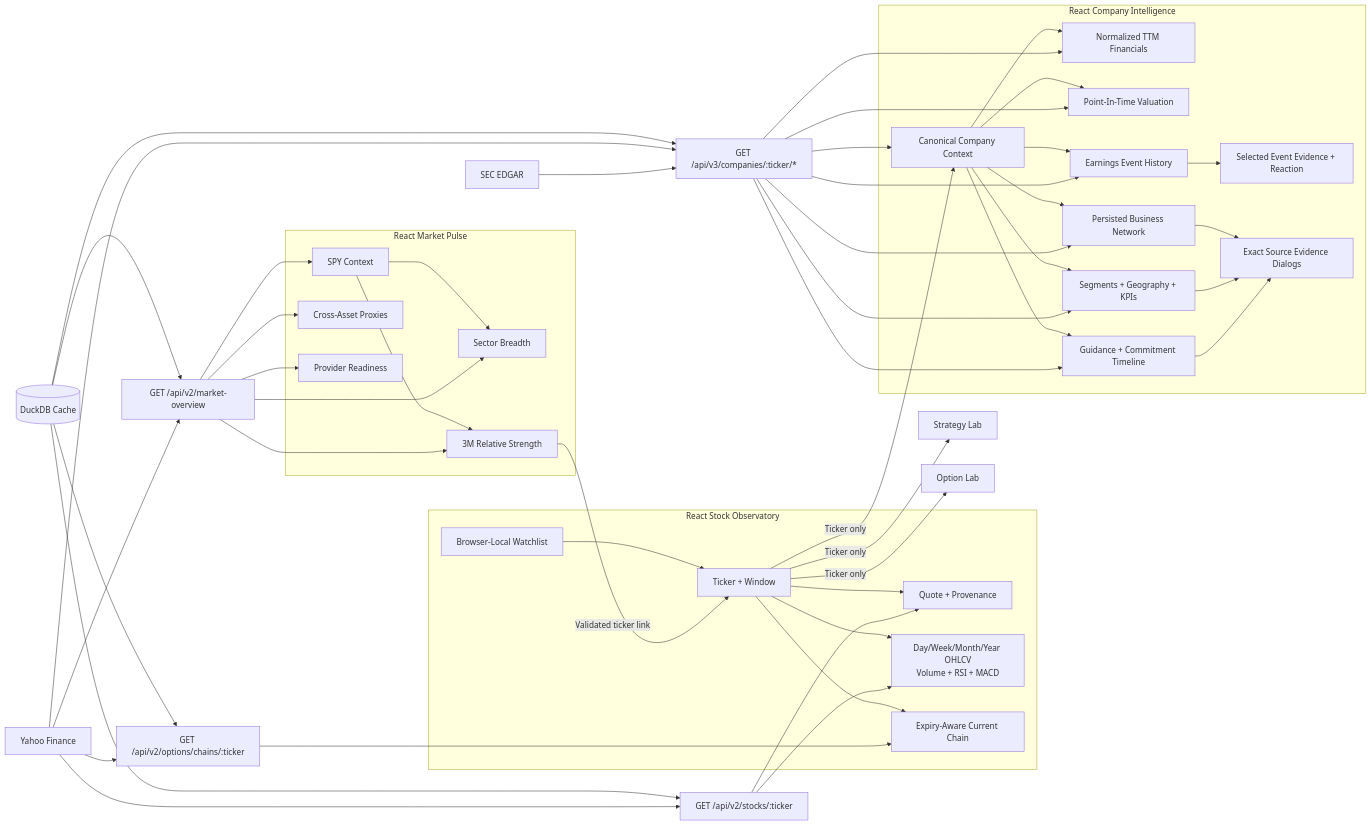
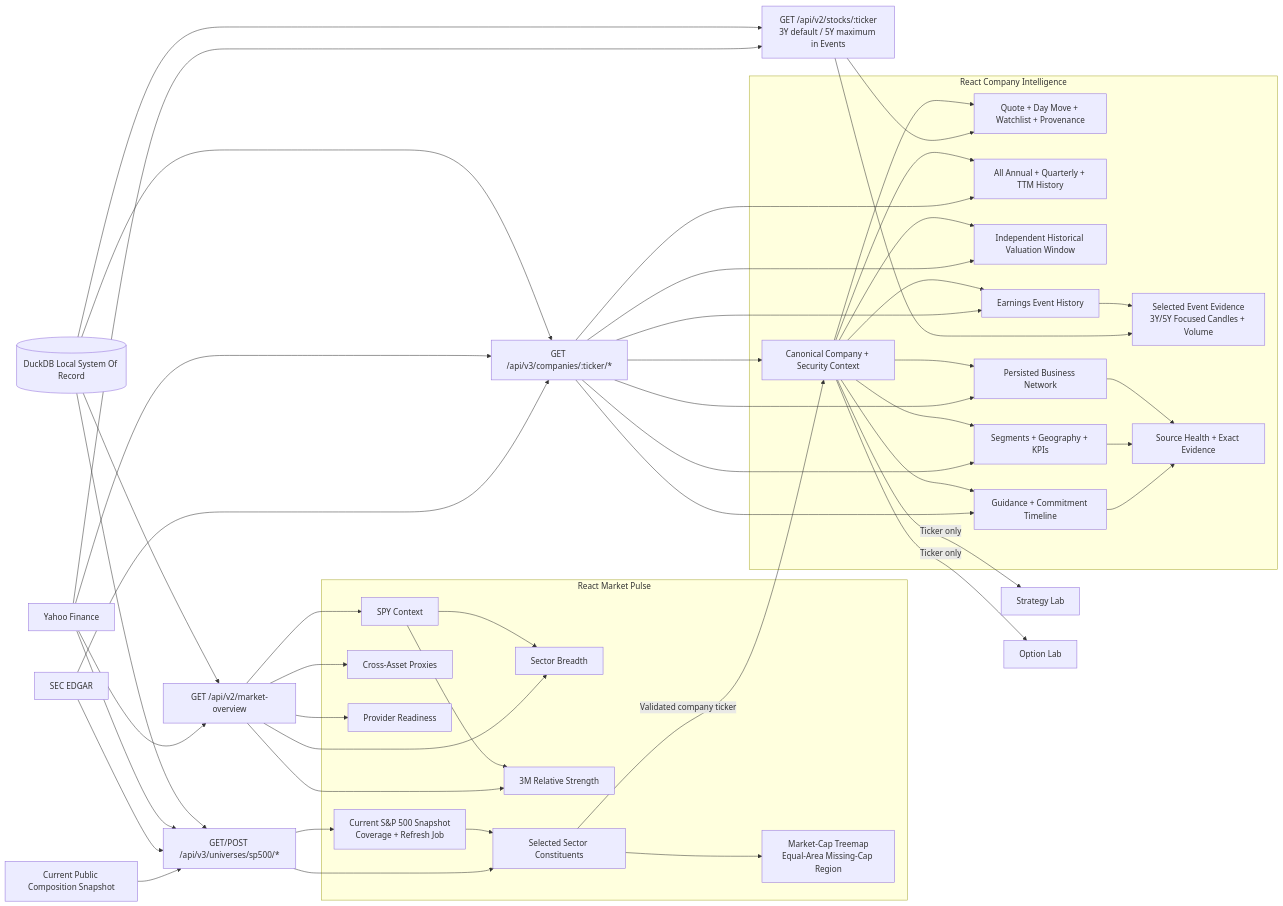
One commit to hoshinglee/gbb-terminal changed the fifth of 10 diagrams in docs/system-diagrams.md. Above: the diagram before and after it, drawn with Mermaid. The commit also changed other lines of this file and 104 other files, not shown here.

````diff
--- a/docs/system-diagrams.md
+++ b/docs/system-diagrams.md
@@ -243,71 +272,67 @@
 ```mermaid
 flowchart LR
-    subgraph Stock[React Stock Observatory]
-        StockContext[Ticker + Window]
-        Watchlist[Browser-Local Watchlist]
-        Quote[Quote + Provenance]
-        Replay[Day/Week/Month/Year OHLCV<br/>Volume + RSI + MACD]
-        OptionContext[Expiry-Aware Current Chain]
-        StockContext --> Quote
-        StockContext --> Replay
-        StockContext --> OptionContext
-        Watchlist --> StockContext
-    end
-
     subgraph Market[React Market Pulse]
         Benchmark[SPY Context]
         Breadth[Sector Breadth]
         Relative[3M Relative Strength]
         Macro[Cross-Asset Proxies]
         Providers[Provider Readiness]
+        Universe[Current S&P 500 Snapshot<br/>Coverage + Refresh Job]
+        Constituents[Selected Sector Constituents]
+        Treemap[Market-Cap Treemap<br/>Equal-Area Missing-Cap Region]
         Benchmark --> Breadth
         Benchmark --> Relative
+        Universe --> Constituents --> Treemap
     end
 
     subgraph Intelligence[React Company Intelligence]
-        CompanyContext[Canonical Company Context]
-        Fundamentals[Normalized TTM Financials]
-        Valuation[Point-In-Time Valuation]
+        CompanyContext[Canonical Company + Security Context]
+        Overview[Quote + Day Move + Watchlist + Provenance]
+        Fundamentals[All Annual + Quarterly + TTM History]
+        Valuation[Independent Historical Valuation Window]
         Events[Earnings Event History]
-        EventDetail[Selected Event Evidence + Reaction]
+        EventDetail[Selected Event Evidence<br/>3Y/5Y Focused Candles + Volume]
         Network[Persisted Business Network]
         Operations[Segments + Geography + KPIs]
         Guidance[Guidance + Commitment Timeline]
-        Sources[Exact Source Evidence Dialogs]
+        Sources[Source Health + Exact Evidence]
+        CompanyContext --> Overview
         CompanyContext --> Fundamentals
         CompanyContext --> Valuation
         CompanyContext --> Events --> EventDetail
         CompanyContext --> Network --> Sources
         CompanyContext --> Operations --> Sources
         CompanyContext --> Guidance --> Sources
     end
 
-    StockAPI[GET /api/v2/stocks/:ticker] --> Quote
-    StockAPI --> Replay
-    ChainAPI[GET /api/v2/options/chains/:ticker] --> OptionContext
+    StockAPI[GET /api/v2/stocks/:ticker<br/>3Y default / 5Y maximum in Events] --> Overview
+    StockAPI --> EventDetail
     MarketAPI[GET /api/v2/market-overview] --> Benchmark
     MarketAPI --> Breadth
     MarketAPI --> Relative
     MarketAPI --> Macro
     MarketAPI --> Providers
+    UniverseAPI[GET/POST /api/v3/universes/sp500/*] --> Universe
+    UniverseAPI --> Constituents
     IntelligenceAPI[GET /api/v3/companies/:ticker/*] --> CompanyContext
     IntelligenceAPI --> Fundamentals
     IntelligenceAPI --> Valuation
     IntelligenceAPI --> Events
     IntelligenceAPI --> Network
     IntelligenceAPI --> Operations
     IntelligenceAPI --> Guidance
-    DuckDB[(DuckDB Cache)] --> StockAPI
-    DuckDB --> ChainAPI
+    DuckDB[(DuckDB Local System Of Record)] --> StockAPI
     DuckDB --> MarketAPI
     DuckDB --> IntelligenceAPI
+    DuckDB --> UniverseAPI
     Yahoo[Yahoo Finance] --> StockAPI
-    Yahoo --> ChainAPI
     Yahoo --> MarketAPI
     Yahoo --> IntelligenceAPI
+    Yahoo --> UniverseAPI
     SEC[SEC EDGAR] --> IntelligenceAPI
-    Relative -->|Validated ticker link| StockContext
-    StockContext -->|Ticker only| Strategy[Strategy Lab]
-    StockContext -->|Ticker only| Options[Option Lab]
-    StockContext -->|Ticker only| CompanyContext
+    SEC --> UniverseAPI
+    Wikipedia[Current Public Composition Snapshot] --> UniverseAPI
+    Constituents -->|Validated company ticker| CompanyContext
+    CompanyContext -->|Ticker only| Strategy[Strategy Lab]
+    CompanyContext -->|Ticker only| Options[Option Lab]
 ```
````
